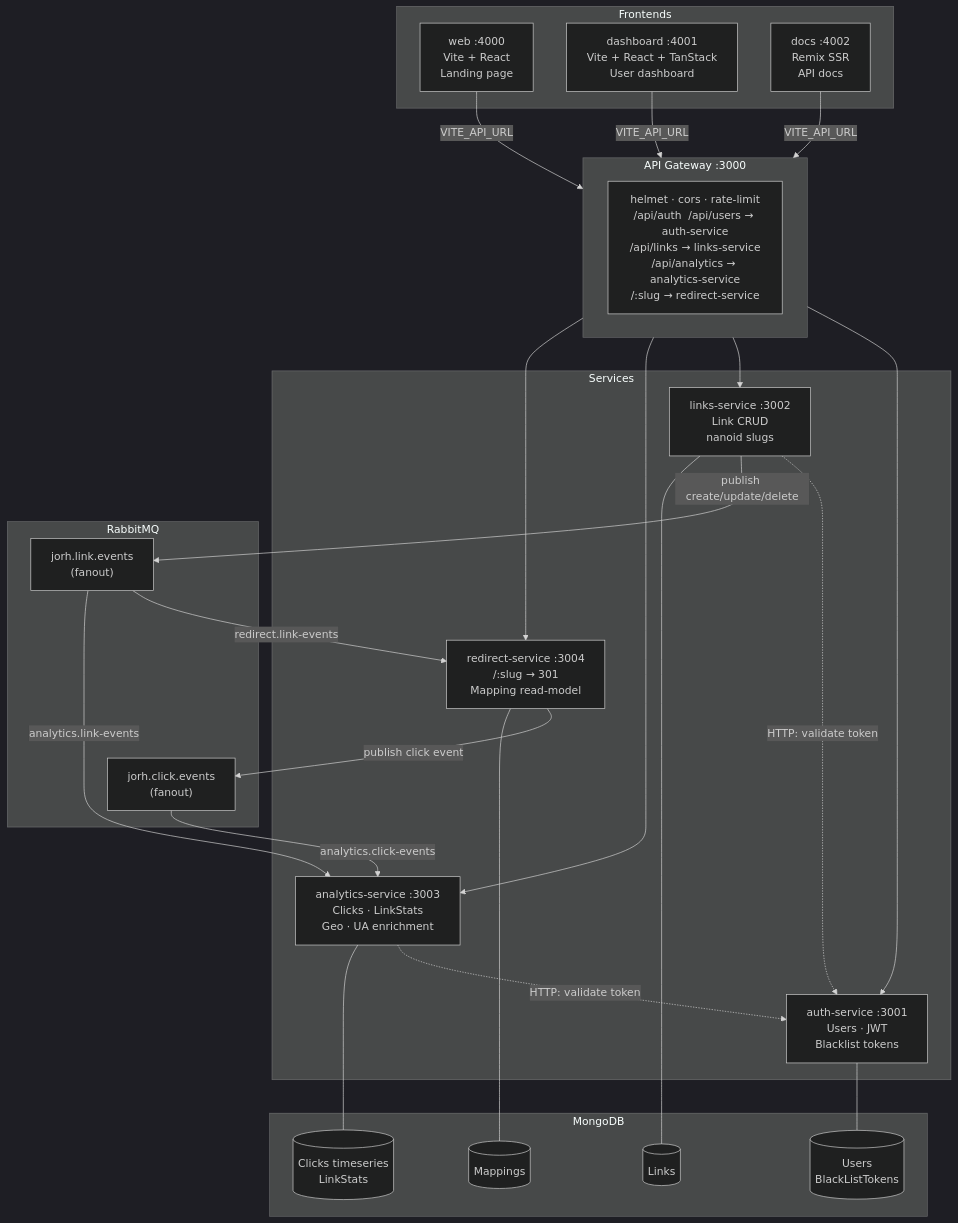
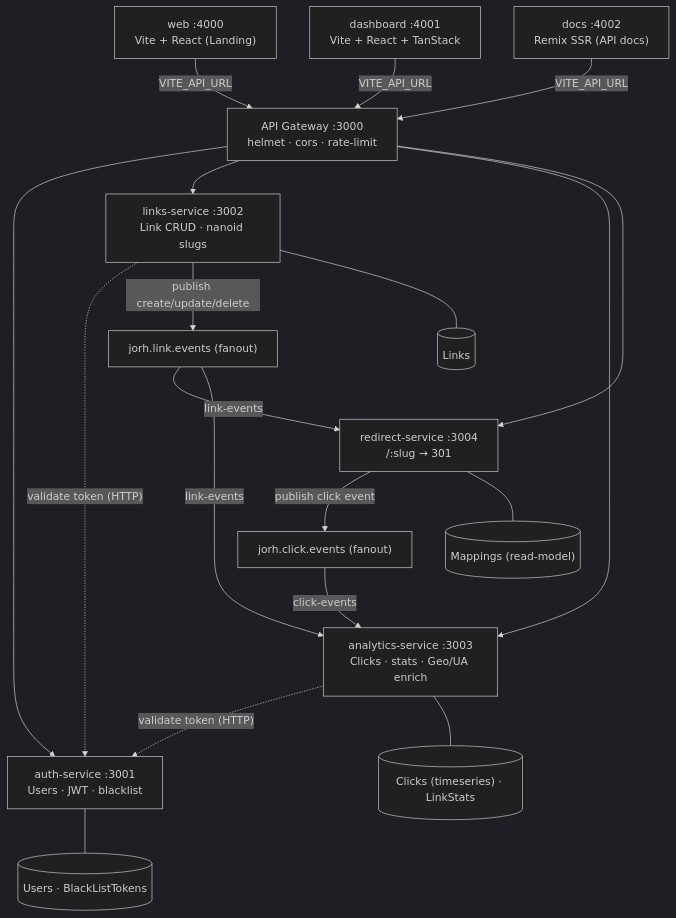
Before and after one commit to subhan-f/Jorh: the diagram in README.md, drawn with Mermaid (dark theme).

Commit message:
feat: enhance architecture diagram with detailed service interactions and database connections

````diff
--- a/README.md
+++ b/README.md
@@ -28,53 +28,59 @@
 ```mermaid
+
 graph TD
-    subgraph Frontends
-        WEB["web :4000\nVite + React\nLanding page"]
-        DASH["dashboard :4001\nVite + React + TanStack\nUser dashboard"]
-        DOCS["docs :4002\nRemix SSR\nAPI docs"]
-    end
 
-    subgraph GW["API Gateway :3000"]
-        GWN["helmet · cors · rate-limit\n/api/auth  /api/users → auth-service\n/api/links → links-service\n/api/analytics → analytics-service\n/:slug → redirect-service"]
-    end
+%% ----- Frontends -----
+WEB["web :4000<br/>Vite + React (Landing)"]
+DASH["dashboard :4001<br/>Vite + React + TanStack"]
+DOCS["docs :4002<br/>Remix SSR (API docs)"]
 
-    subgraph Services
-        AUTH["auth-service :3001\nUsers · JWT\nBlacklist tokens"]
-        LINKS["links-service :3002\nLink CRUD\nnanoid slugs"]
-        ANALYTICS["analytics-service :3003\nClicks · LinkStats\nGeo · UA enrichment"]
-        REDIRECT["redirect-service :3004\n/:slug → 301\nMapping read-model"]
-    end
+%% ----- Gateway -----
+GW["API Gateway :3000<br/>helmet · cors · rate‑limit"]
 
-    subgraph MQ["RabbitMQ"]
-        LE["jorh.link.events\n(fanout)"]
-        CE["jorh.click.events\n(fanout)"]
-    end
+%% ----- Services -----
+AUTH["auth-service :3001<br/>Users · JWT · blacklist"]
+LINKS["links-service :3002<br/>Link CRUD · nanoid slugs"]
+ANALYTICS["analytics-service :3003<br/>Clicks · stats · Geo/UA enrich"]
+REDIRECT["redirect-service :3004<br/>/:slug → 301"]
 
-    subgraph DBs["MongoDB"]
-        AUTHDB[("Users\nBlackListTokens")]
-        LINKSDB[("Links")]
-        ANALYTICSDB[("Clicks timeseries\nLinkStats")]
-        REDIRECTDB[("Mappings")]
-    end
+%% ----- Message Queue (exchanges) -----
+LE["jorh.link.events (fanout)"]
+CE["jorh.click.events (fanout)"]
 
-    WEB & DASH & DOCS -->|VITE_API_URL| GW
+%% ----- Databases -----
+AUTHDB[("Users · BlackListTokens")]
+LINKSDB[("Links")]
+ANALYTICSDB[("Clicks (timeseries) · LinkStats")]
+REDIRECTDB[("Mappings (read‑model)")]
 
-    GW --> AUTH
-    GW --> LINKS
-    GW --> ANALYTICS
-    GW --> REDIRECT
+%% ----- Frontend → Gateway -----
+WEB & DASH & DOCS -->|"VITE_API_URL"| GW
 
-    LINKS -.->|"HTTP: validate token"| AUTH
-    ANALYTICS -.->|"HTTP: validate token"| AUTH
+%% ----- Gateway → Services -----
+GW --> AUTH
+GW --> LINKS
+GW --> ANALYTICS
+GW --> REDIRECT
 
-    LINKS -->|"publish create/update/delete"| LE
-    REDIRECT -->|"publish click event"| CE
+%% ----- Service → Auth (validation) -----
+LINKS -.->|"validate token (HTTP)"| AUTH
+ANALYTICS -.->|"validate token (HTTP)"| AUTH
 
-    LE -->|"redirect.link-events"| REDIRECT
-    LE -->|"analytics.link-events"| ANALYTICS
-    CE -->|"analytics.click-events"| ANALYTICS
+%% ----- Service → RabbitMQ (publish) -----
+LINKS -->|"publish create/update/delete"| LE
+REDIRECT -->|"publish click event"| CE
 
-    AUTH --- AUTHDB
-    LINKS --- LINKSDB
-    ANALYTICS --- ANALYTICSDB
-    REDIRECT --- REDIRECTDB
+%% ----- RabbitMQ → Services (consume) -----
+LE -->|"link‑events"| REDIRECT
+LE -->|"link‑events"| ANALYTICS
+CE -->|"click‑events"| ANALYTICS
+
+%% ----- Service → Database -----
+AUTH --- AUTHDB
+LINKS --- LINKSDB
+ANALYTICS --- ANALYTICSDB
+REDIRECT --- REDIRECTDB
+
+%% -----
+
 ```
````
